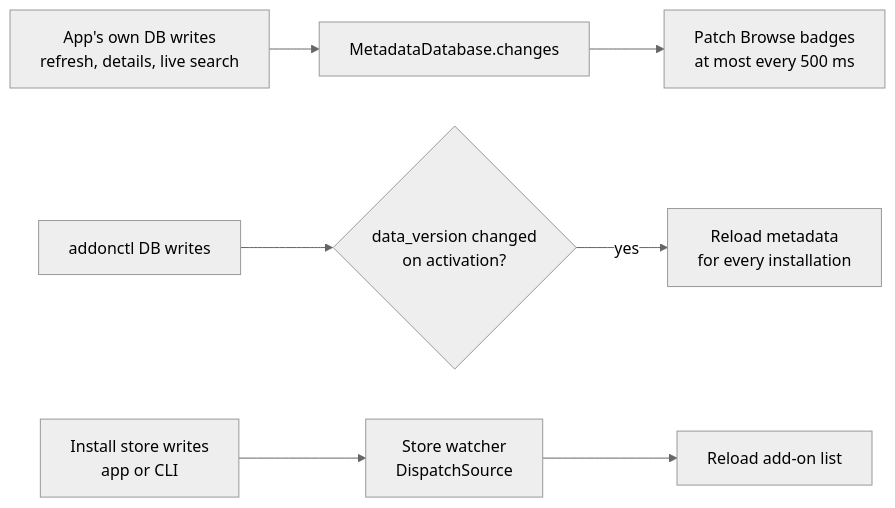
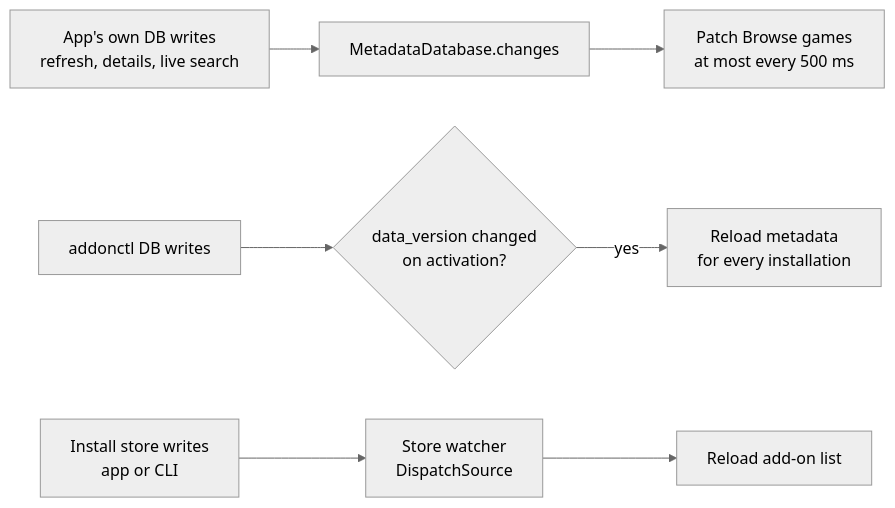
Before and after one commit to miotke/reload: the diagram in docs/app/live-data.md, drawn with Mermaid (neutral theme). The commit also changed other lines of this file and 20 other files, not shown here.

````diff
--- a/docs/app/live-data.md
+++ b/docs/app/live-data.md
@@ -9,9 +9,9 @@
 ```mermaid
 flowchart LR
     W1[App's own DB writes<br/>refresh, details, live search] --> CH[MetadataDatabase.changes]
-    CH --> P[Patch Browse badges<br/>at most every 500 ms]
+    CH --> P[Patch Browse games<br/>at most every 500 ms]
     W2[addonctl DB writes] --> DV{data_version changed<br/>on activation?}
     DV -- yes --> RM[Reload metadata<br/>for every installation]
     W3[Install store writes<br/>app or CLI] --> SW[Store watcher<br/>DispatchSource]
     SW --> RA[Reload add-on list]
 ```
````
